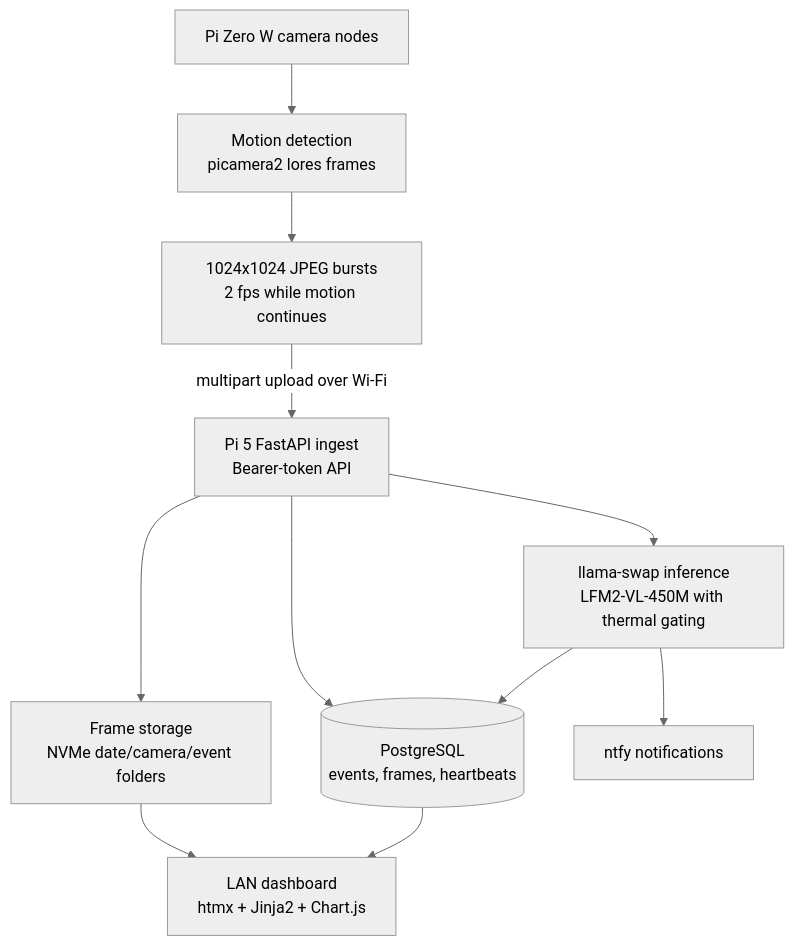
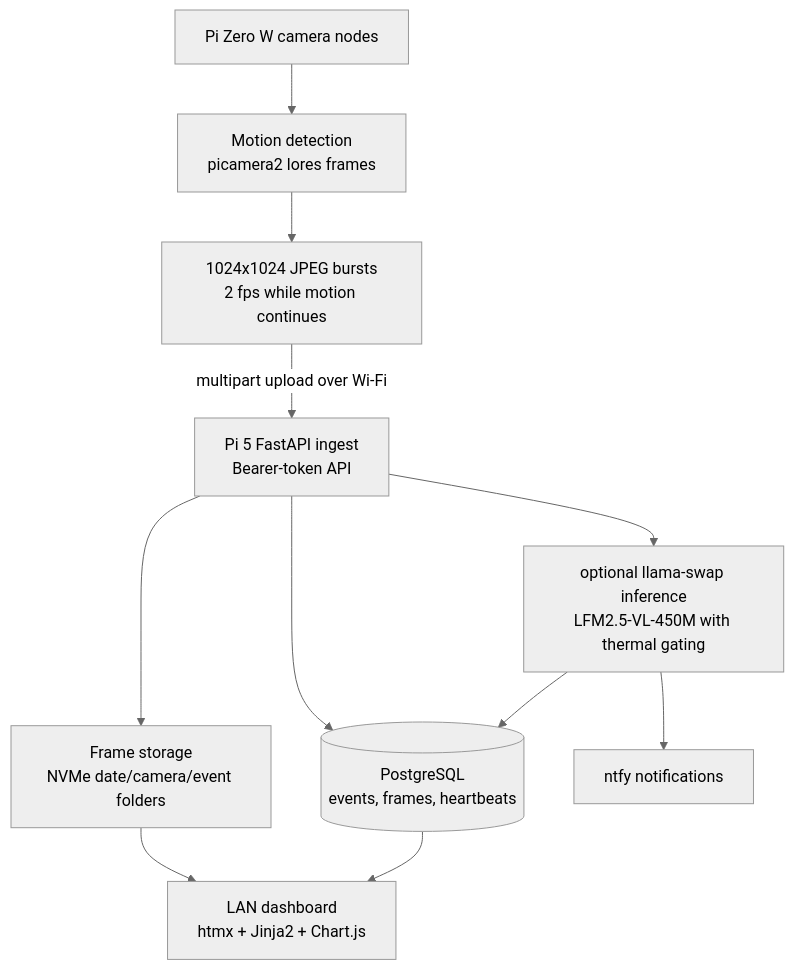
Before and after one commit to bostdiek/PiWatcher: the diagram in README.md, drawn with Mermaid (neutral theme). The commit also changed other lines of this file and 7 other files, not shown here.

````diff
--- a/README.md
+++ b/README.md
@@ -12,22 +12,22 @@
 ```mermaid
 flowchart TD
     camera[Pi Zero W camera nodes]
     motion[Motion detection<br>picamera2 lores frames]
     capture[1024x1024 JPEG bursts<br>2 fps while motion continues]
     api[Pi 5 FastAPI ingest<br>Bearer-token API]
     storage[Frame storage<br>NVMe date/camera/event folders]
     db[(PostgreSQL<br>events, frames, heartbeats)]
-    inference[llama-swap inference<br>LFM2-VL-450M with thermal gating]
+    inference[optional llama-swap inference<br>LFM2.5-VL-450M with thermal gating]
     dashboard[LAN dashboard<br>htmx + Jinja2 + Chart.js]
     notify[ntfy notifications]
 
     camera --> motion --> capture
     capture -->|multipart upload over Wi-Fi| api
     api --> storage
     api --> db
     api --> inference
     inference --> db
     inference --> notify
     db --> dashboard
     storage --> dashboard
 ```
````
